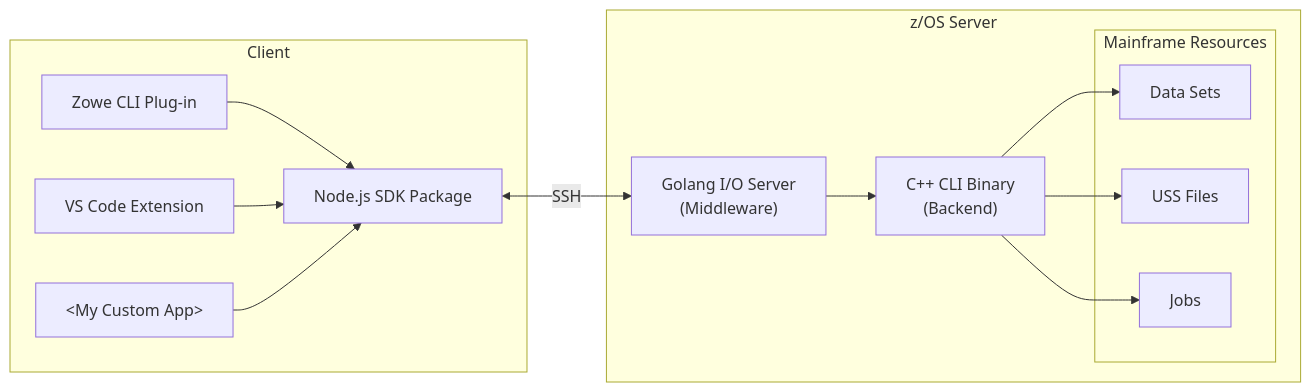
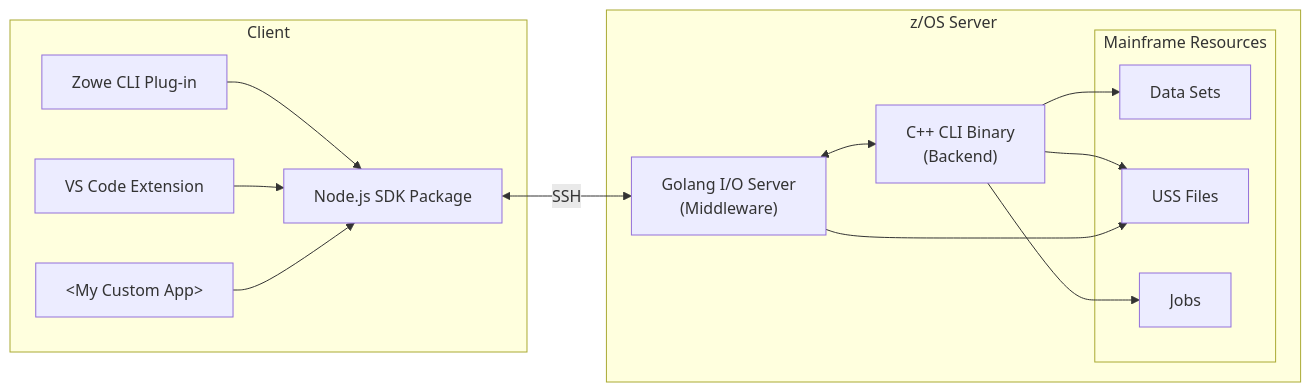
Before and after one commit to zowe/zowe-native-proto: the diagram in README.md, drawn with Mermaid. The commit also changed 8 other files, not shown here.

Commit message:
Add client architecture doc and typedoc script

````diff
--- a/README.md
+++ b/README.md
@@ -66,26 +66,27 @@
 ```mermaid
 graph LR
   subgraph Client
   sdk[Node.js SDK Package]
   cli[Zowe CLI Plug-in]-->sdk
   vsce[VS Code Extension]-->sdk
   other[&lt;My Custom App&gt;]-->sdk
   end
   subgraph z/OS Server
-  ioserver["Golang I/O Server<br>(Middleware)"]-->zowex["C++ CLI Binary<br>(Backend)"]
+  ioserver["Golang I/O Server<br>(Middleware)"]<-->zowex["C++ CLI Binary<br>(Backend)"]
   sdk<-->|SSH|ioserver
   subgraph Mainframe Resources
   ds[Data Sets]
   uss[USS Files]
   jobs[Jobs]
   end
   zowex-->ds
   zowex-->uss
   zowex-->jobs
+  ioserver-->uss
   end
-  click sdk "./doc/design-client.md#sdk-package"
-  click cli "./doc/design-client.md#cli-plug-in"
-  click vsce "./doc/design-client.md#vs-code-extension"
-  click ioserver "./doc/design-server-go.md"
-  click zowex "./doc/design-server-c.md"
+  click sdk "https://github.com/zowe/zowe-native-proto/blob/main/doc/client/architecture.md#sdk-package"
+  click cli "https://github.com/zowe/zowe-native-proto/blob/main/doc/client/architecture.md#cli-plug-in"
+  click vsce "https://github.com/zowe/zowe-native-proto/blob/main/doc/client/architecture.md#vs-code-extension"
+  click ioserver "https://github.com/zowe/zowe-native-proto/blob/main/doc/server/ioserver_architecture.md"
+  click zowex "https://github.com/zowe/zowe-native-proto/blob/main/doc/server/zowex_architecture.md"
 ```
````
